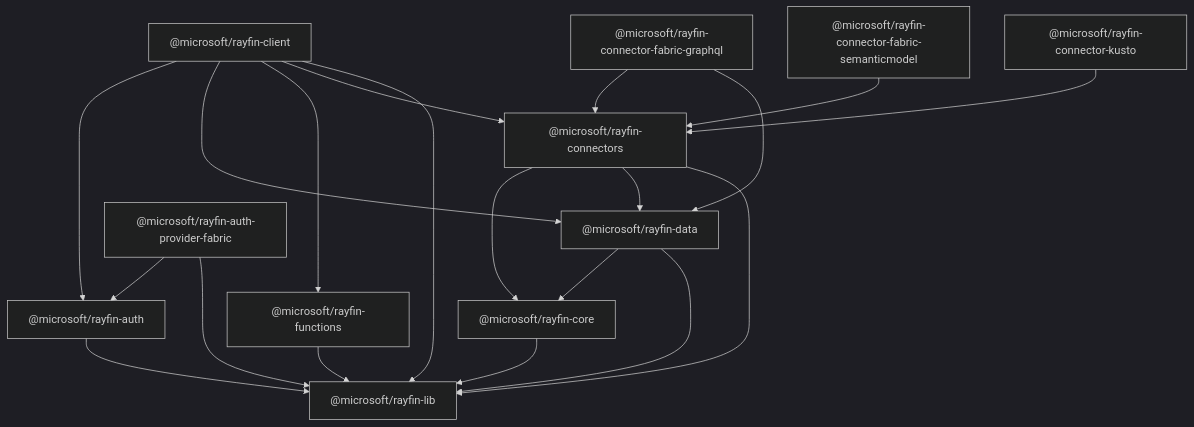
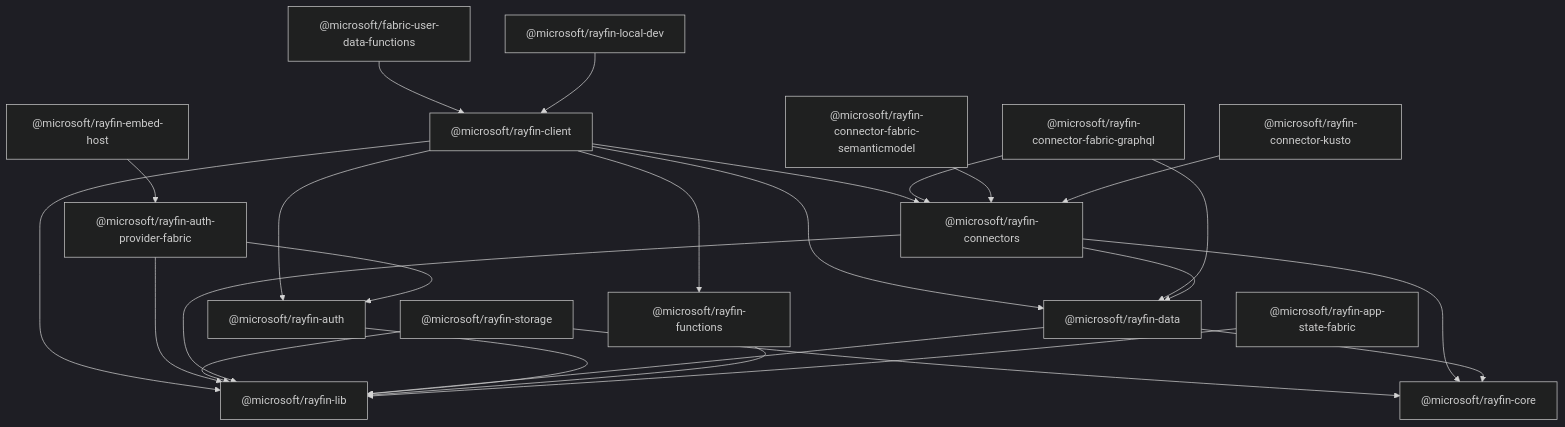
One commit to spatney/rayfin-docs changed the diagram in content/docs/reference/sdk/index.mdx. Above: the diagram before and after it, drawn with Mermaid (dark theme). The commit also changed other lines of this file and 94 other files, not shown here.

````diff
--- a/content/docs/reference/sdk/index.mdx
+++ b/content/docs/reference/sdk/index.mdx
@@ -41,22 +55,27 @@
 ```mermaid
 graph TD
   Client["@microsoft/rayfin-client"] --> Auth["@microsoft/rayfin-auth"]
   Client --> Data["@microsoft/rayfin-data"]
   Client --> Functions["@microsoft/rayfin-functions"]
   Client --> Connectors["@microsoft/rayfin-connectors"]
   Client --> Lib["@microsoft/rayfin-lib"]
   AuthFabric["@microsoft/rayfin-auth-provider-fabric"] --> Auth
   AuthFabric --> Lib
+  Storage["@microsoft/rayfin-storage"] --> Core["@microsoft/rayfin-core"]
+  Storage --> Lib
   FabricGraphQL["@microsoft/rayfin-connector-fabric-graphql"] --> Connectors
   FabricGraphQL --> Data
   FabricSemantic["@microsoft/rayfin-connector-fabric-semanticmodel"] --> Connectors
   Kusto["@microsoft/rayfin-connector-kusto"] --> Connectors
   Connectors --> Core
   Connectors --> Data
   Connectors --> Lib
-  Data --> Core["@microsoft/rayfin-core"]
+  Data --> Core
   Data --> Lib
   Auth --> Lib
   Functions --> Lib
-  Core --> Lib
+  Udf["@microsoft/fabric-user-data-functions"] --> Client
+  LocalDev["@microsoft/rayfin-local-dev"] --> Client
+  EmbedHost["@microsoft/rayfin-embed-host"] --> AuthFabric
+  AppState["@microsoft/rayfin-app-state-fabric"] --> Lib
 ```
````
